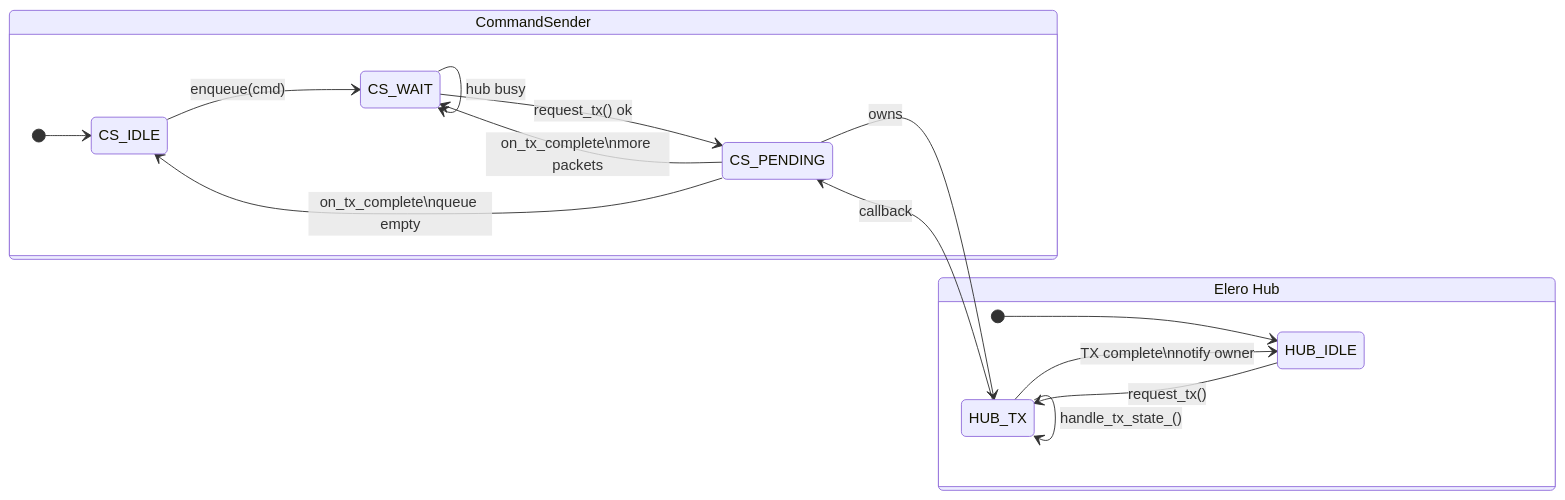
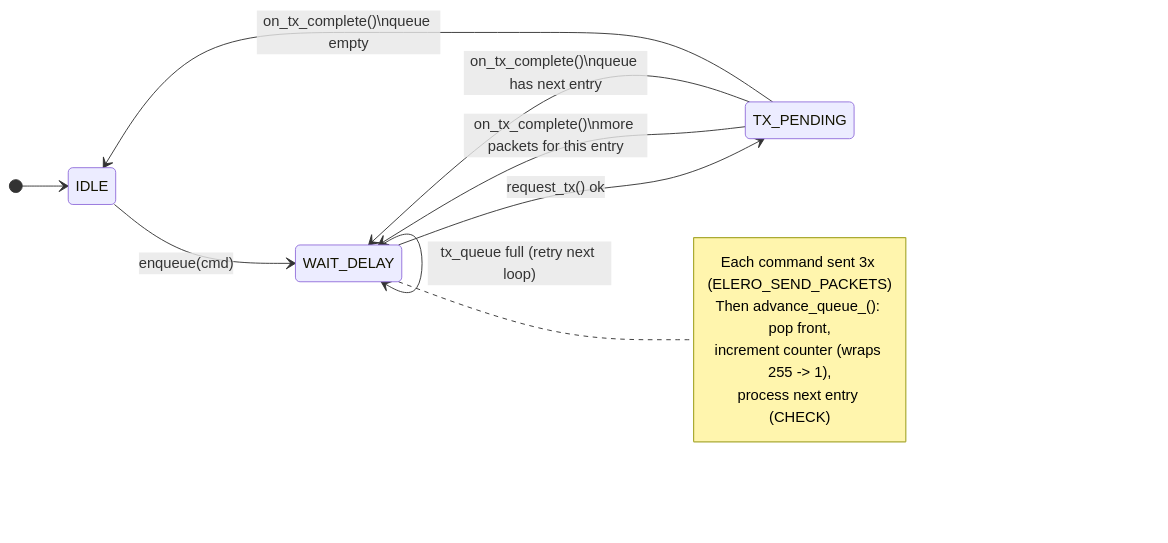
The fifth of 7 diagrams in docs/flows/STATE_MACHINES.md (manuschillerdev/esphome-elero), drawn with Mermaid before and after one commit. The commit also changed other lines of this file and 4 other files, not shown here.

First line of the commit message:
docs: slim CLAUDE.md 84%, update outdated docs to match dual-core architecture

````diff
--- a/docs/flows/STATE_MACHINES.md
+++ b/docs/flows/STATE_MACHINES.md
@@ -801,24 +394,22 @@
 ```mermaid
 stateDiagram-v2
     direction LR
 
-    state "CommandSender" as CS {
-        [*] --> CS_IDLE
-        CS_IDLE --> CS_WAIT: enqueue(cmd)
-        CS_WAIT --> CS_WAIT: delay not elapsed
-        CS_WAIT --> CS_WAIT: hub busy
-        CS_WAIT --> CS_PENDING: request_tx() ok
-        CS_PENDING --> CS_WAIT: on_tx_complete\nmore packets
-        CS_PENDING --> CS_IDLE: on_tx_complete\nqueue empty
-    }
+    [*] --> IDLE
 
-    state "Elero Hub" as HUB {
-        [*] --> HUB_IDLE
-        HUB_IDLE --> HUB_TX: request_tx()
-        HUB_TX --> HUB_TX: handle_tx_state_()
-        HUB_TX --> HUB_IDLE: TX complete\nnotify owner
-    }
+    IDLE --> WAIT_DELAY: enqueue(cmd)
+    WAIT_DELAY --> WAIT_DELAY: 10ms not elapsed
+    WAIT_DELAY --> TX_PENDING: request_tx() ok
+    WAIT_DELAY --> WAIT_DELAY: tx_queue full (retry next loop)
 
-    CS_PENDING --> HUB_TX: owns
-    HUB_TX --> CS_PENDING: callback
+    TX_PENDING --> WAIT_DELAY: on_tx_complete()\nmore packets for this entry
+    TX_PENDING --> WAIT_DELAY: on_tx_complete()\nqueue has next entry
+    TX_PENDING --> IDLE: on_tx_complete()\nqueue empty
+
+    note right of WAIT_DELAY
+        Each command sent 3x (ELERO_SEND_PACKETS)
+        Then advance_queue_(): pop front,
+        increment counter (wraps 255 -> 1),
+        process next entry (CHECK)
+    end note
 ```
````
